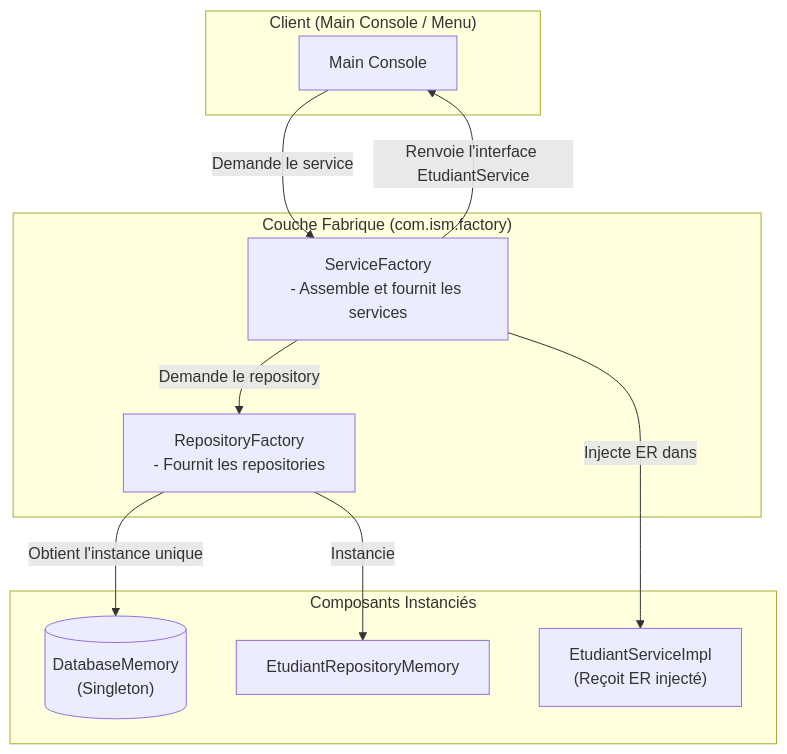
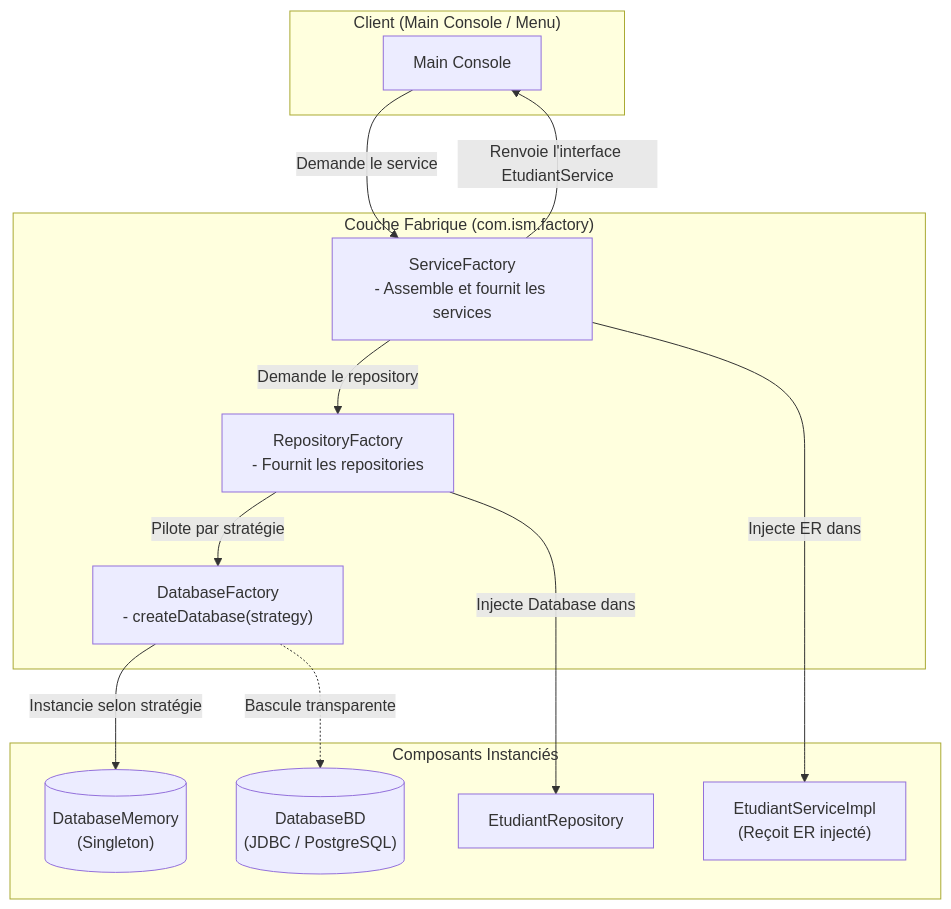
Before and after one commit to Gafclerck/BrainX: the second of 2 diagrams in curriculum/01-Java/04-Design-Patterns-Et-Principes-SOLID/01-Design-Patterns-Creationnels-Singleton-Et-Factory/01-Design-Patterns-Singleton-Factory-Et-Facade.md, drawn with Mermaid. The commit also changed other lines of this file and 11 other files, not shown here.

````diff
--- a/curriculum/01-Java/04-Design-Patterns-Et-Principes-SOLID/01-Design-Patterns-Creationnels-Singleton-Et-Factory/01-Design-Patterns-Singleton-Factory-Et-Facade.md
+++ b/curriculum/01-Java/04-Design-Patterns-Et-Principes-SOLID/01-Design-Patterns-Creationnels-Singleton-Et-Factory/01-Design-Patterns-Singleton-Factory-Et-Facade.md
@@ -65,28 +78,34 @@
 ```mermaid
 flowchart TD
     subgraph Client ["Client (Main Console / Menu)"]
         UI["Main Console"]
     end
 
     subgraph Factories ["Couche Fabrique (com.ism.factory)"]
+        DF["DatabaseFactory
+- createDatabase(strategy)"]
         RF["RepositoryFactory
 - Fournit les repositories"]
         SF["ServiceFactory
 - Assemble et fournit les services"]
     end
 
     subgraph Instances ["Composants Instanciés"]
         DM[("DatabaseMemory
 (Singleton)")]
-        ER["EtudiantRepositoryMemory"]
+        DBD[("DatabaseBD
+(JDBC / PostgreSQL)")]
+        ER["EtudiantRepository"]
         ES["EtudiantServiceImpl
 (Reçoit ER injecté)"]
     end
 
     UI -->|Demande le service| SF
     SF -->|Demande le repository| RF
-    RF -->|Obtient l'instance unique| DM
-    RF -->|Instancie| ER
+    RF -->|Pilote par stratégie| DF
+    DF -->|Instancie selon stratégie| DM
+    DF -.->|Bascule transparente| DBD
+    RF -->|Injecte Database dans| ER
     SF -->|Injecte ER dans| ES
     SF -->|Renvoie l'interface EtudiantService| UI
 ```
````
